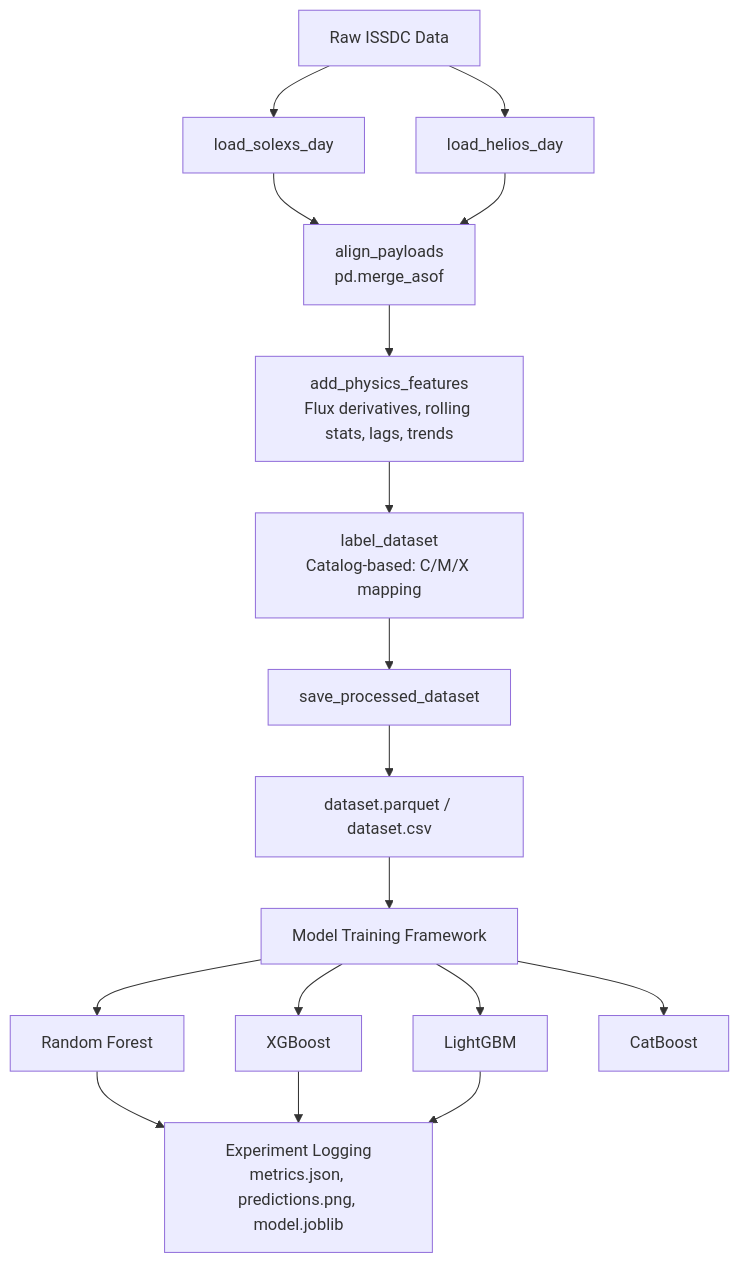
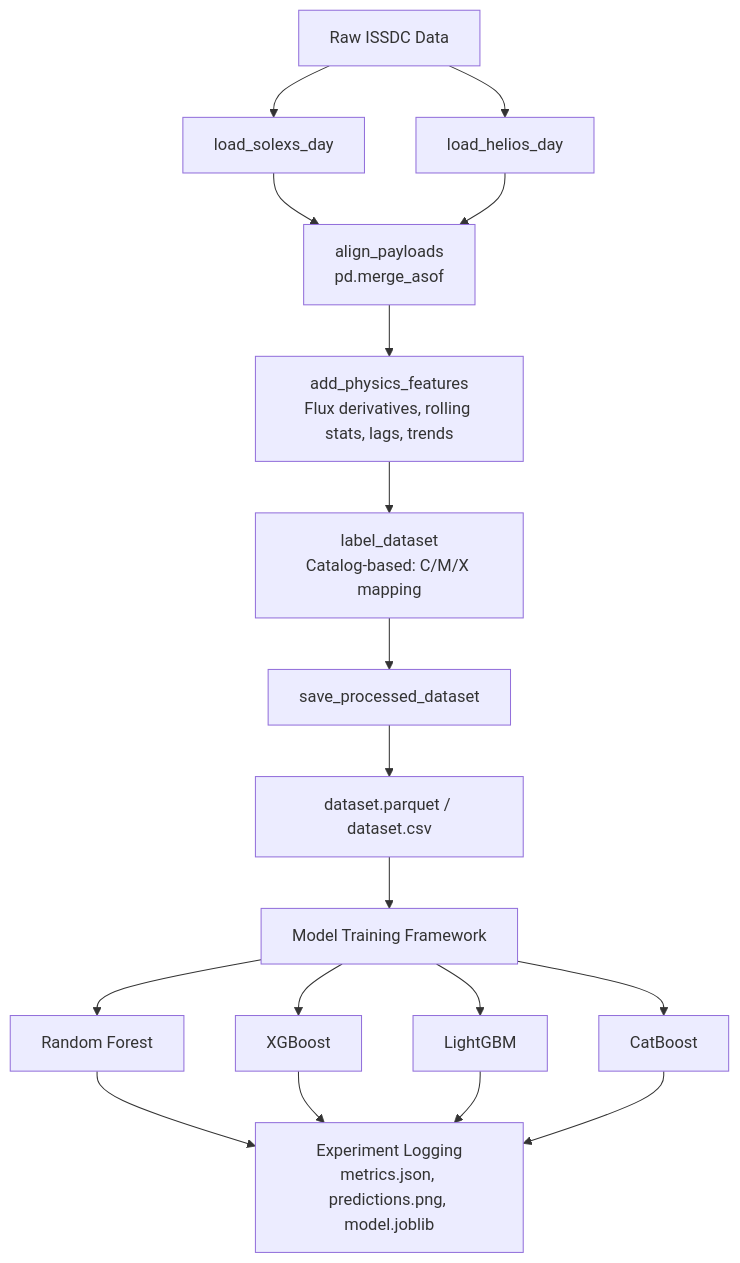
Before and after one commit to RamashrayS/Flaleon: the diagram in ABOUT.md, drawn with Mermaid. The commit also changed other lines of this file and 1 other file, not shown here.

````diff
--- a/ABOUT.md
+++ b/ABOUT.md
@@ -30,17 +30,17 @@
 ```mermaid
 graph TD
     A[Raw ISSDC Data] --> B[load_solexs_day]
     A --> C[load_helios_day]
     B --> D[align_payloads<br/>pd.merge_asof]
     C --> D
     D --> E[add_physics_features<br/>Flux derivatives, rolling stats, lags, trends]
     E --> F[label_dataset<br/>Catalog-based: C/M/X mapping]
     F --> G[save_processed_dataset]
     G --> H[dataset.parquet / dataset.csv]
     H --> I[Model Training Framework]
     I --> J[Random Forest]
     I --> K[XGBoost]
     I --> L[LightGBM]
     I --> M[CatBoost]
-    J & K & L --> N[Experiment Logging<br/>metrics.json, predictions.png, model.joblib]
+    J & K & L & M --> N[Experiment Logging<br/>metrics.json, predictions.png, model.joblib]
 ```
````
